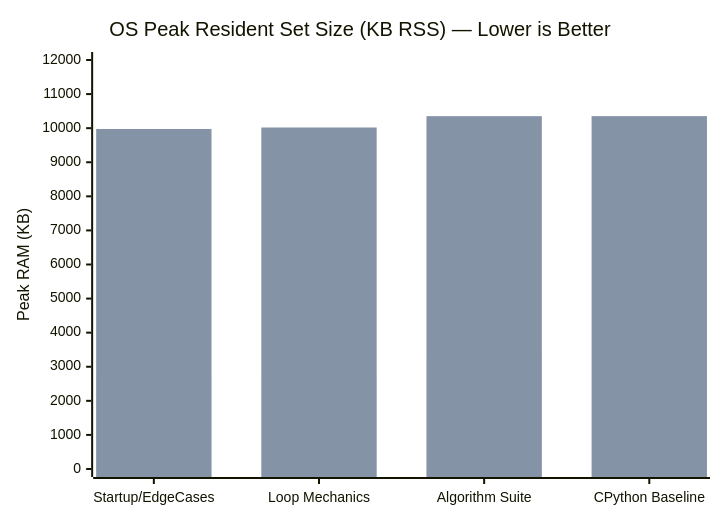
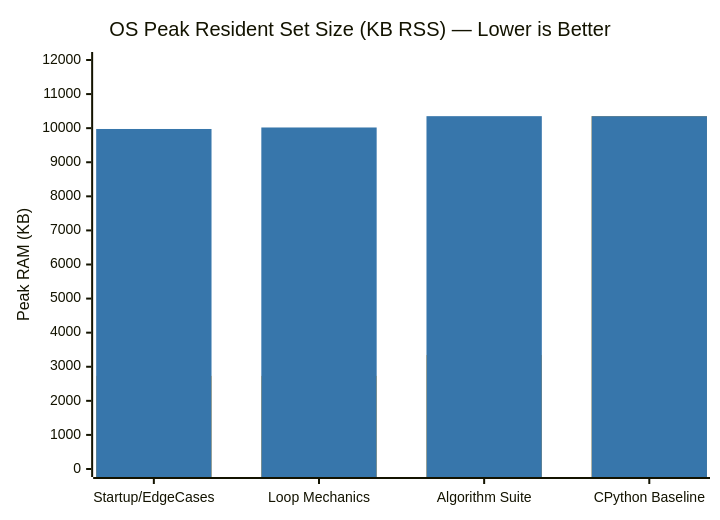
The second of 2 diagrams in final_sumary.md (babar-xagi/zython-), drawn with Mermaid before and after one commit. The commit also changed other lines of this file and 8 other files, not shown here.

Commit message:
docs: add comprehensive developer documentation, achievements log, and roadmap

````diff
--- a/final_sumary.md
+++ b/final_sumary.md
@@ -122,8 +124,9 @@
 ```mermaid
+%%{init: {"themeVariables": {"xyChart": {"plotColorPalette": "#F7A41D, #3776AB"}}}}%%
 xychart-beta
     title "OS Peak Resident Set Size (KB RSS) — Lower is Better"
     x-axis ["Startup/EdgeCases", "Loop Mechanics", "Algorithm Suite", "CPython Baseline"]
     y-axis "Peak RAM (KB)" 0 --> 12000
     bar [2732, 2732, 3344, 10352]
     bar [9976, 10020, 10352, 10352]
 ```
````
